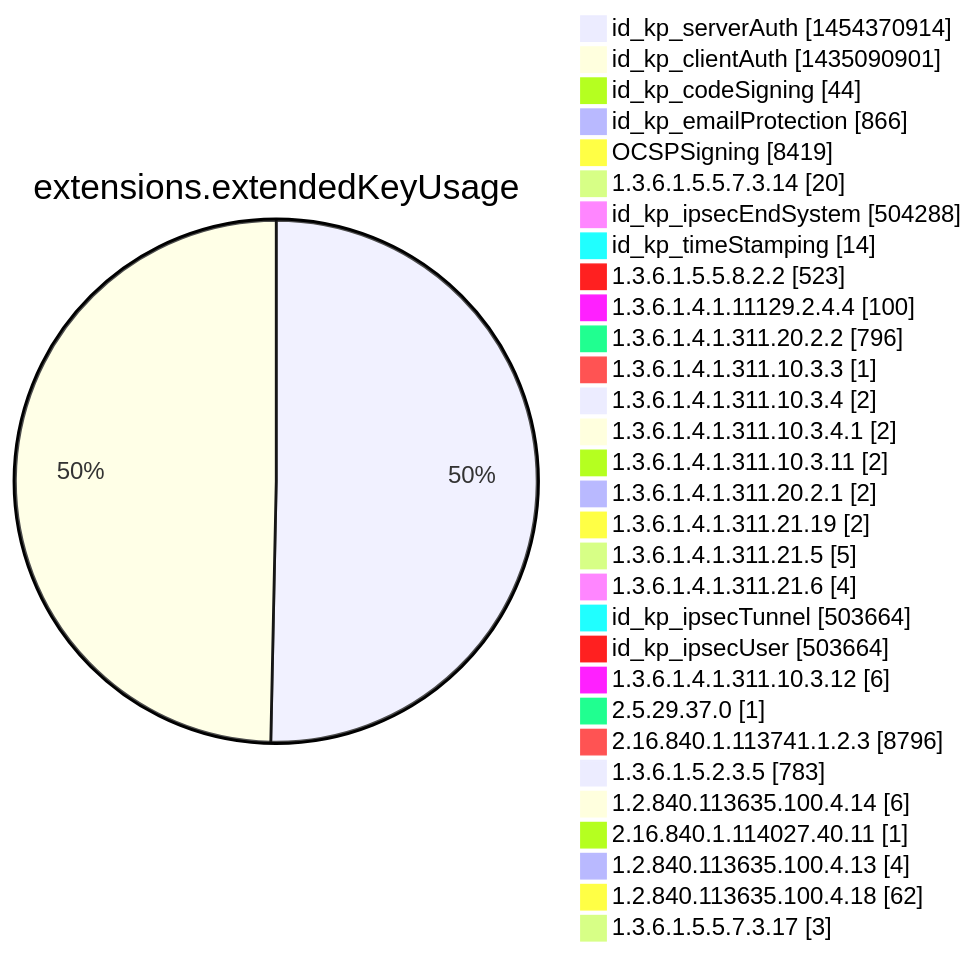
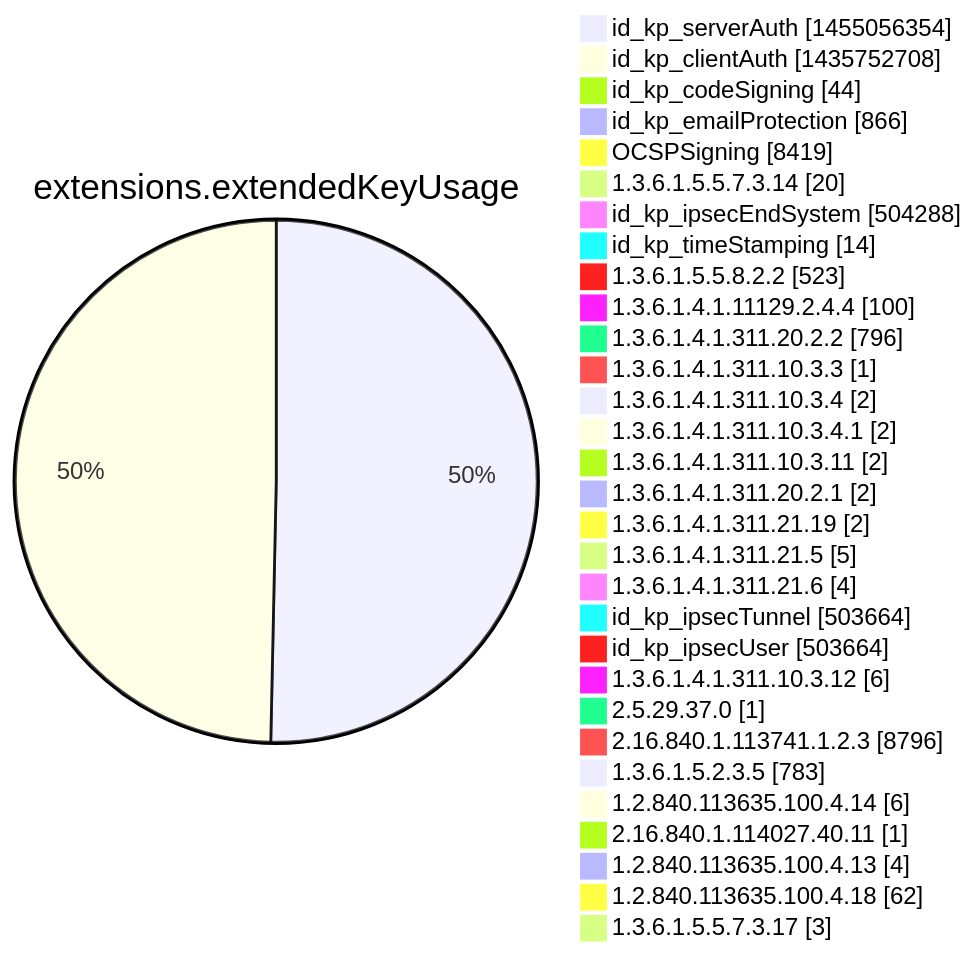
Before and after one commit to christiankrug/ctmonitor_visualization: diagram 12 of 15 in argon2022/README.md, drawn with Mermaid. The commit also changed other lines of this file, not shown here.

````diff
--- a/argon2022/README.md
+++ b/argon2022/README.md
@@ -3555,34 +3555,34 @@
 ```mermaid
 pie showData
 title extensions.extendedKeyUsage
-"id_kp_serverAuth" :1454370914
-"id_kp_clientAuth" :1435090901
+"id_kp_serverAuth" :1455056354
+"id_kp_clientAuth" :1435752708
 "id_kp_codeSigning" :44
 "id_kp_emailProtection" :866
 "OCSPSigning" :8419
 "1.3.6.1.5.5.7.3.14" :20
 "id_kp_ipsecEndSystem" :504288
 "id_kp_timeStamping" :14
 "1.3.6.1.5.5.8.2.2" :523
 "1.3.6.1.4.1.11129.2.4.4" :100
 "1.3.6.1.4.1.311.20.2.2" :796
 "1.3.6.1.4.1.311.10.3.3" :1
 "1.3.6.1.4.1.311.10.3.4" :2
 "1.3.6.1.4.1.311.10.3.4.1" :2
 "1.3.6.1.4.1.311.10.3.11" :2
 "1.3.6.1.4.1.311.20.2.1" :2
 "1.3.6.1.4.1.311.21.19" :2
 "1.3.6.1.4.1.311.21.5" :5
 "1.3.6.1.4.1.311.21.6" :4
 "id_kp_ipsecTunnel" :503664
 "id_kp_ipsecUser" :503664
 "1.3.6.1.4.1.311.10.3.12" :6
 "2.5.29.37.0" :1
 "2.16.840.1.113741.1.2.3" :8796
 "1.3.6.1.5.2.3.5" :783
 "1.2.840.113635.100.4.14" :6
 "2.16.840.1.114027.40.11" :1
 "1.2.840.113635.100.4.13" :4
 "1.2.840.113635.100.4.18" :62
 "1.3.6.1.5.5.7.3.17" :3
 ```
````
